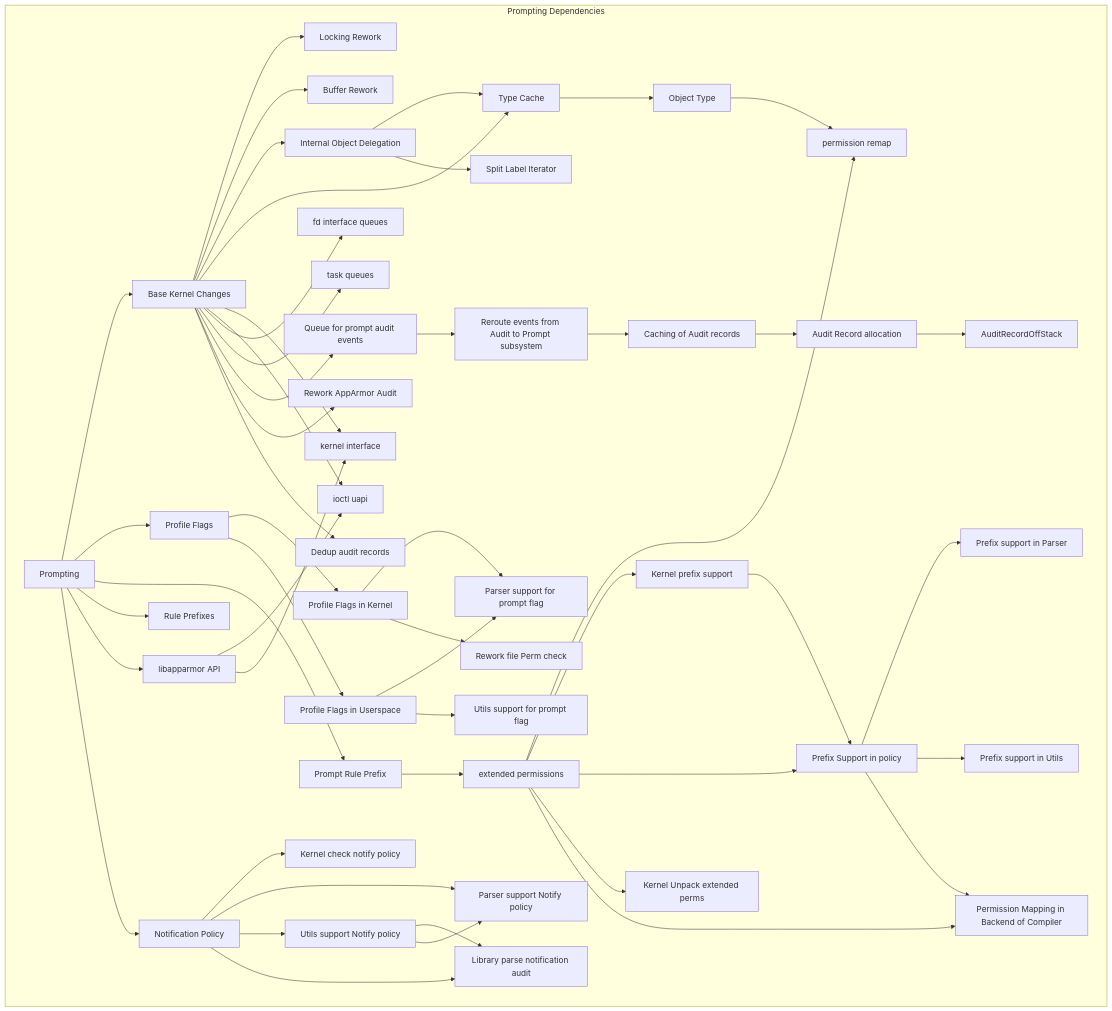
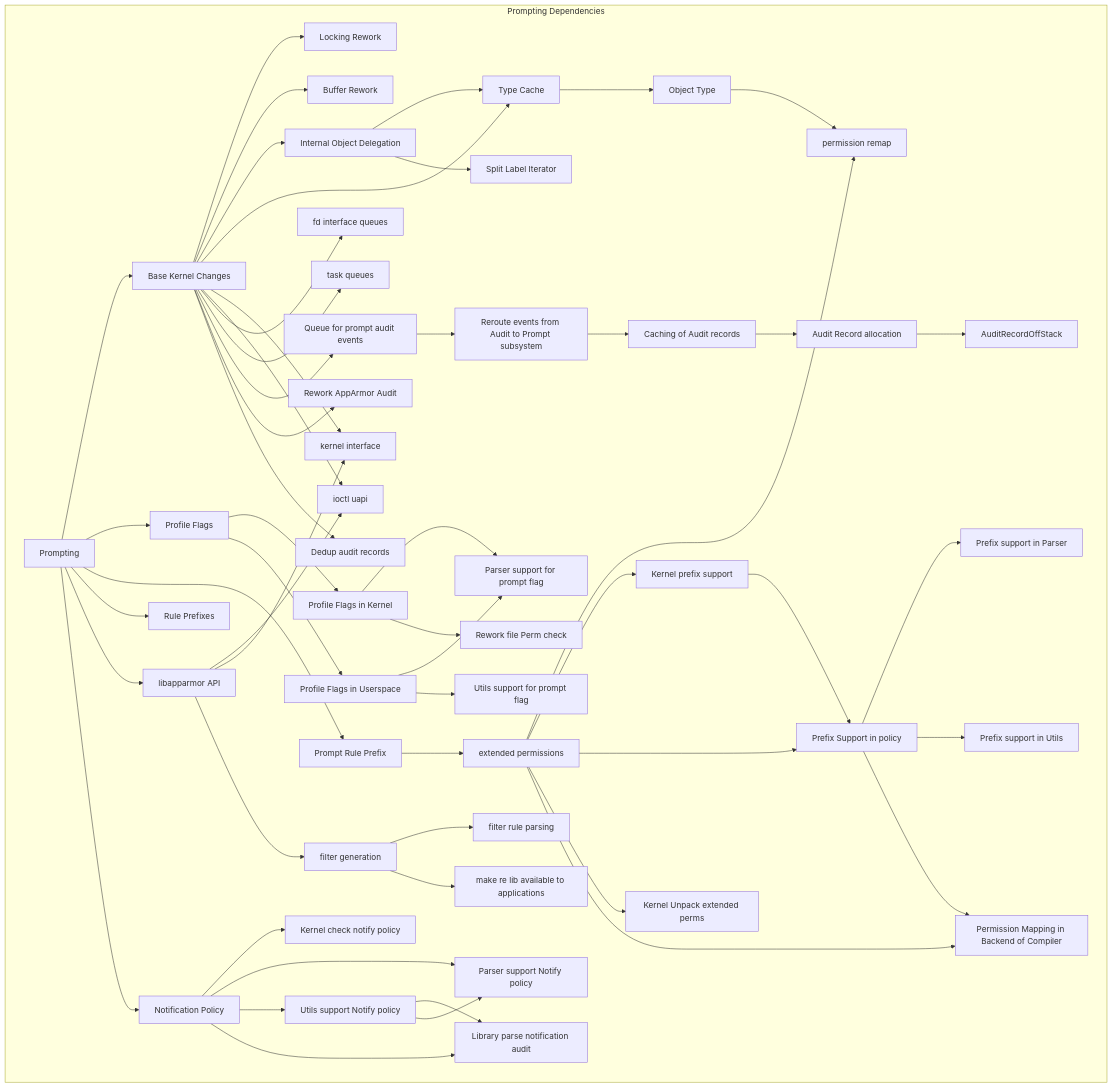
The diagram in WorkItems.md (youngker/apparmor-wiki), drawn with Mermaid before and after one commit.

Commit message:
Update WorkItems

````diff
--- a/WorkItems.md
+++ b/WorkItems.md
@@ -49,54 +49,57 @@
 ```mermaid
 graph TB
   subgraph "Prompting Dependencies"
   Prompting[Prompting] --> KernelWork[Base Kernel Changes]
   Prompting --> ProfileFlags[Profile Flags]
   Prompting --> RulePrefixes[Prompt Rule Prefix]
   ProfileFlags --> KernelFlags[Profile Flags in Kernel]
   KernelFlags --> ParserFlags[Parser support for prompt flag]
   KernelFlags --> KernelPermsCheck[Rework file Perm check]
   ProfileFlags --> UserSpaceFlags[Profile Flags in Userspace]
   UserSpaceFlags --> ParserFlags
   UserSpaceFlags --> UtilsFlags[Utils support for prompt flag]
   Prompting --> ProfilePrefix[Rule Prefixes]
   KernelWork --> KernelLock[Locking Rework]
   KernelWork --> KernelBuffer[Buffer Rework]
   KernelWork --> ObjectDelegationBase[Internal Object Delegation]
   KernelWork --> TypeCache[Type Cache]
   KernelWork --> kernelInterface[kernel interface]
   KernelWork --> ioctluapi[ioctl uapi]
   KernelWork --> fdqueue[fd interface queues]
   KernelWork --> taskqueue[task queues]
   KernelWork --> AuditEventQueue[Queue for prompt audit events]
   Prompting --> UserAPI[libapparmor API]
   UserAPI --> ioctluapi
   UserAPI --> kernelInterface
+  UserAPI --> filtering[filter generation]
+  filtering --> filterparse[filter rule parsing]
+  filtering --> libapparmorre[make re lib available to applications]
   Prompting --> NotifyPolicy[Notification Policy]
   NotifyPolicy --> KernNotifPolicy[Kernel check notify policy]
   NotifyPolicy --> ParserNotifyPolicy[Parser support Notify policy]
   NotifyPolicy --> UtilsNotifyPolicy[Utils support Notify policy]
   NotifyPolicy --> LibNotifyPolicy[Library parse notification audit]
   UtilsNotifyPolicy --> LibNotifyPolicy
   UtilsNotifyPolicy --> ParserNotifyPolicy
   TypeCache --> ObjType[Object Type]
   ObjType --> PermRemap[permission remap]
   KernelWork --> AuditRework[Rework AppArmor Audit]
   ObjectDelegationBase --> TypeCache
   ObjectDelegationBase --> LabelIt[Split Label Iterator]
   RulePrefixes --> ExtendedPerms[extended permissions]
   ExtendedPerms --> PermRemap
   ExtendedPerms --> PrefixKernel[Kernel prefix support]
   ExtendedPerms --> PrefixPolicy[Prefix Support in policy]
   ExtendedPerms --> PermsUnpack[Kernel Unpack extended perms]
   ExtendedPerms --> MovePermPack[Permission Mapping in Backend of Compiler]
   PrefixKernel --> PrefixPolicy
   PrefixPolicy --> ParserPrefix[Prefix support in Parser]
   PrefixPolicy --> UtilsPrefix[Prefix support in Utils]
   PrefixPolicy --> MovePermPack
   AuditEventQueue -->AuditRecordReroute[Reroute events from Audit to Prompt subsystem]
   KernelWork --> AuditDeDup[Dedup audit records]
   AuditRecordReroute --> AuditCache[Caching of Audit records]
   AuditCache --> AuditObject[Audit Record allocation]
   AuditObject --> AuditStack[AuditRecordOffStack]
 end
 ```
````
